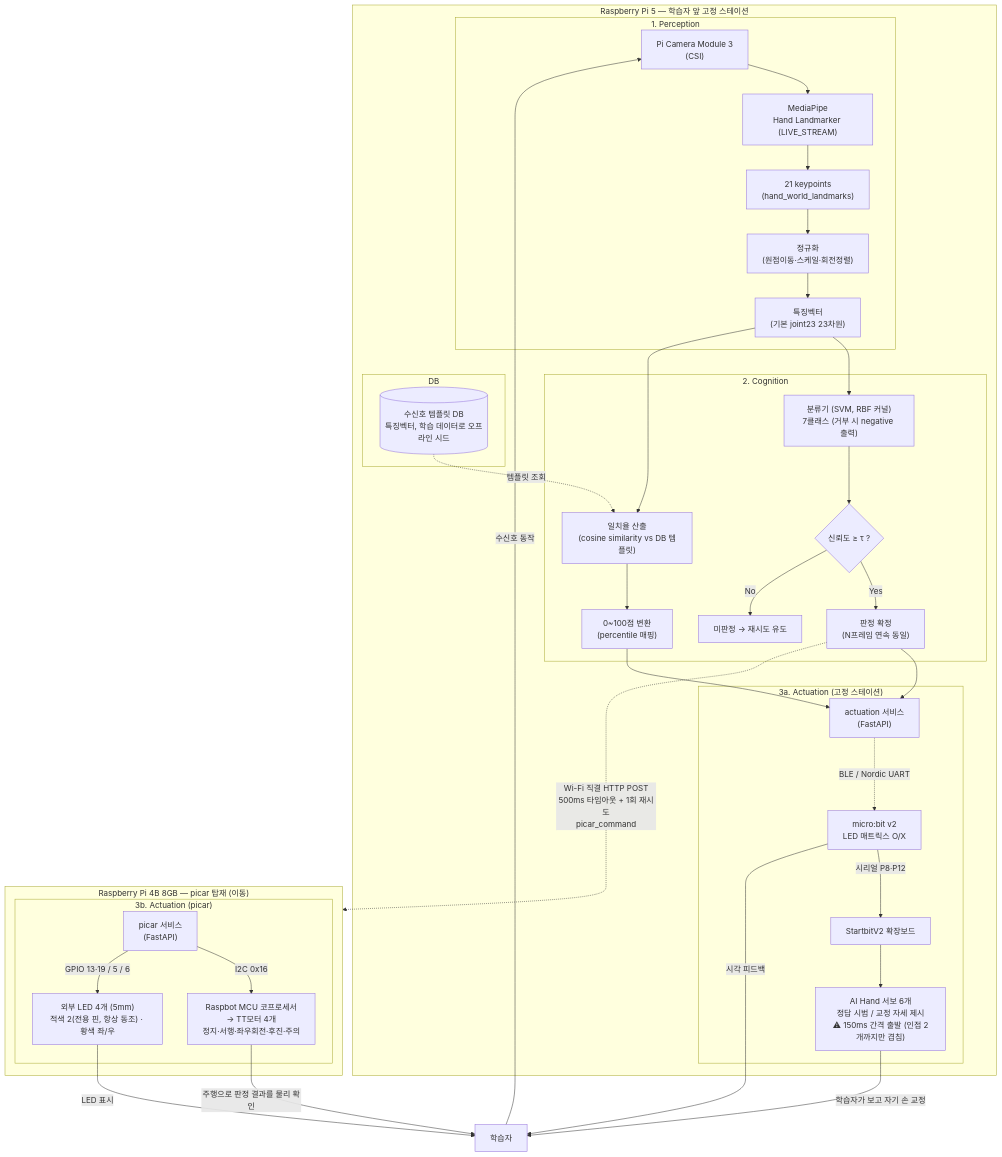
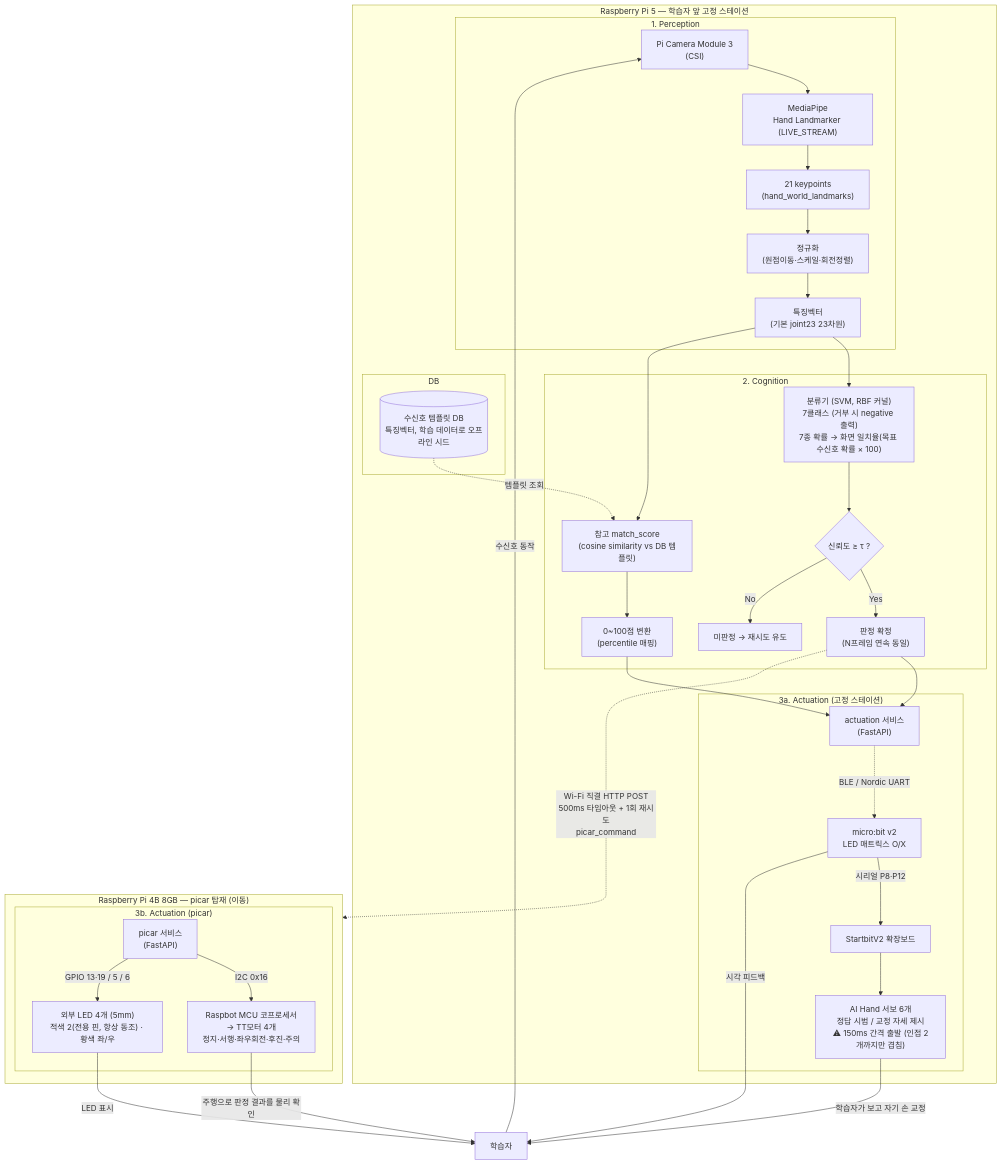
Before and after one commit to Lee35678/SafeSign_PhysicalAI: the diagram in document/02_설계문서.md, drawn with Mermaid. The commit also changed other lines of this file and 20 other files, not shown here.

````diff
--- a/document/02_설계문서.md
+++ b/document/02_설계문서.md
@@ -267,49 +268,49 @@
 ```mermaid
 flowchart TD
     subgraph RPI5["Raspberry Pi 5 — 학습자 앞 고정 스테이션"]
         subgraph PERCEPTION["1. Perception"]
             D["Pi Camera Module 3<br/>(CSI)"] --> E["MediaPipe<br/>Hand Landmarker (LIVE_STREAM)"]
             E --> F["21 keypoints<br/>(hand_world_landmarks)"]
             F --> G["정규화<br/>(원점이동·스케일·회전정렬)"]
             G --> H["특징벡터<br/>(기본 joint23 23차원)"]
         end
 
         subgraph COGNITION["2. Cognition"]
-            H --> I["분류기 (SVM, RBF 커널)<br/>7클래스 (거부 시 negative 출력)"]
-            H --> J["일치율 산출<br/>(cosine similarity vs DB 템플릿)"]
+            H --> I["분류기 (SVM, RBF 커널)<br/>7클래스 (거부 시 negative 출력)<br/>7종 확률 → 화면 일치율(목표 수신호 확률 × 100)"]
+            H --> J["참고 match_score<br/>(cosine similarity vs DB 템플릿)"]
             I --> K{"신뢰도 ≥ τ ?"}
             K -->|Yes| L["판정 확정<br/>(N프레임 연속 동일)"]
             K -->|No| M["미판정 → 재시도 유도"]
             J --> N["0~100점 변환<br/>(percentile 매핑)"]
         end
 
         subgraph DB["DB"]
             O[(수신호 템플릿 DB<br/>특징벡터, 학습 데이터로 오프라인 시드)]
         end
         O -.템플릿 조회.-> J
 
         subgraph ACTUATION_LOCAL["3a. Actuation (고정 스테이션)"]
             L --> S1["actuation 서비스<br/>(FastAPI)"]
             N --> S1
             S1 -.BLE / Nordic UART.-> S2["micro:bit v2<br/>LED 매트릭스 O/X"]
             S2 -->|"시리얼 P8·P12"| S3["StartbitV2 확장보드"]
             S3 --> S4["AI Hand 서보 6개<br/>정답 시범 / 교정 자세 제시<br/>⚠ 150ms 간격 출발 (인접 2개까지만 겹침)"]
         end
     end
 
     L -.Wi-Fi 직결 HTTP POST<br/>500ms 타임아웃 + 1회 재시도<br/>picar_command.-> RPI4B
 
     subgraph RPI4B["Raspberry Pi 4B 8GB — picar 탑재 (이동)"]
         subgraph ACTUATION_PICAR["3b. Actuation (picar)"]
             R1["picar 서비스<br/>(FastAPI)"]
             R1 -->|"I2C 0x16"| R2["Raspbot MCU 코프로세서<br/>→ TT모터 4개<br/>정지·서행·좌우회전·후진·주의"]
             R1 -->|"GPIO 13·19 / 5 / 6"| R3["외부 LED 4개 (5mm)<br/>적색 2(전용 핀, 항상 동조) · 황색 좌/우"]
         end
     end
 
     A[학습자] -->|수신호 동작| D
     S4 -->|학습자가 보고 자기 손 교정| A
     S2 -->|시각 피드백| A
     R2 -->|주행으로 판정 결과를 물리 확인| A
     R3 -->|LED 표시| A
 ```
````
